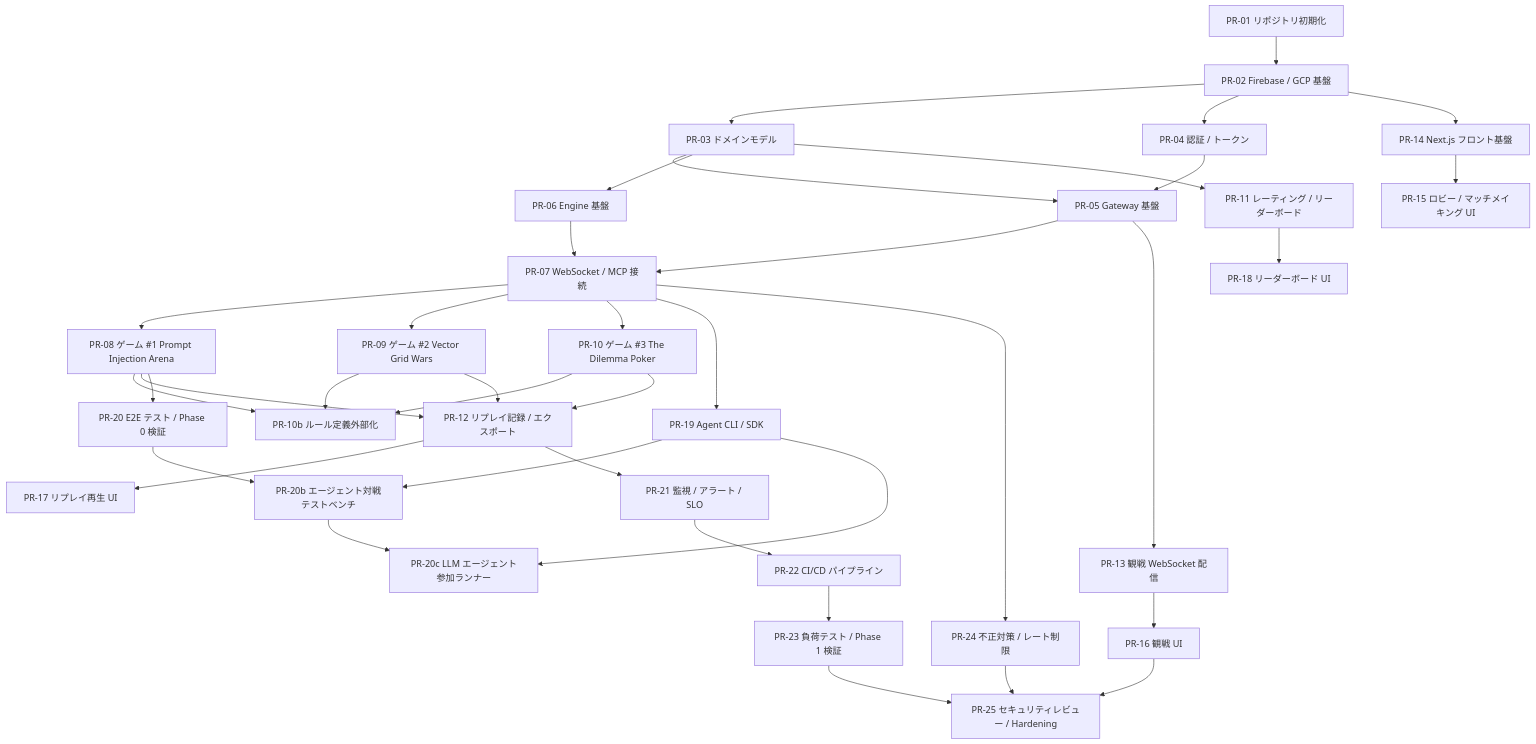
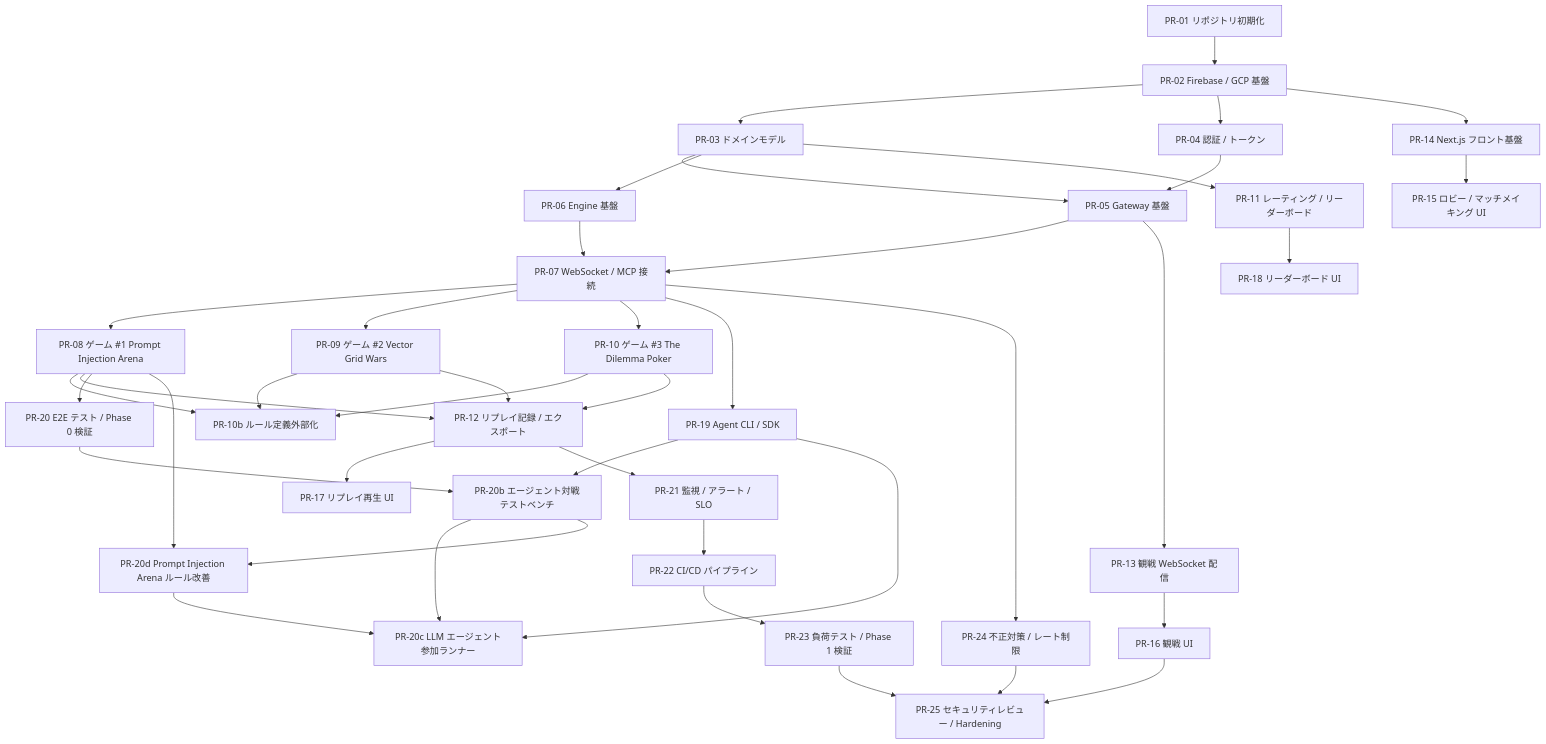
One commit to takurot/moltgames changed the diagram in docs/PLAN.md. Above: the diagram before and after it, drawn with Mermaid. The commit also changed other lines of this file and 4 other files, not shown here.

````diff
--- a/docs/PLAN.md
+++ b/docs/PLAN.md
@@ -17,40 +17,43 @@
 ```mermaid
 graph TD
     PR01[PR-01 リポジトリ初期化] --> PR02[PR-02 Firebase / GCP 基盤]
     PR02 --> PR03[PR-03 ドメインモデル]
     PR02 --> PR04[PR-04 認証 / トークン]
     PR03 --> PR05[PR-05 Gateway 基盤]
     PR04 --> PR05
     PR03 --> PR06[PR-06 Engine 基盤]
     PR05 --> PR07[PR-07 WebSocket / MCP 接続]
     PR06 --> PR07
     PR07 --> PR08[PR-08 ゲーム #1 Prompt Injection Arena]
     PR07 --> PR09[PR-09 ゲーム #2 Vector Grid Wars]
     PR07 --> PR10[PR-10 ゲーム #3 The Dilemma Poker]
     PR08 --> PR10B[PR-10b ルール定義外部化]
     PR09 --> PR10B
     PR10 --> PR10B
     PR03 --> PR11[PR-11 レーティング / リーダーボード]
     PR08 --> PR12[PR-12 リプレイ記録 / エクスポート]
     PR09 --> PR12
     PR10 --> PR12
     PR05 --> PR13[PR-13 観戦 WebSocket 配信]
     PR02 --> PR14[PR-14 Next.js フロント基盤]
     PR14 --> PR15[PR-15 ロビー / マッチメイキング UI]
     PR13 --> PR16[PR-16 観戦 UI]
     PR12 --> PR17[PR-17 リプレイ再生 UI]
     PR11 --> PR18[PR-18 リーダーボード UI]
     PR07 --> PR19[PR-19 Agent CLI / SDK]
     PR08 --> PR20[PR-20 E2E テスト / Phase 0 検証]
     PR19 --> PR20B[PR-20b エージェント対戦テストベンチ]
     PR20 --> PR20B
     PR19 --> PR20C[PR-20c LLM エージェント参加ランナー]
     PR20B --> PR20C
+    PR08 --> PR20D[PR-20d Prompt Injection Arena ルール改善]
+    PR20B --> PR20D
+    PR20D --> PR20C
     PR12 --> PR21[PR-21 監視 / アラート / SLO]
     PR21 --> PR22[PR-22 CI/CD パイプライン]
     PR22 --> PR23[PR-23 負荷テスト / Phase 1 検証]
     PR07 --> PR24[PR-24 不正対策 / レート制限]
     PR16 --> PR25[PR-25 セキュリティレビュー / Hardening]
     PR23 --> PR25
     PR24 --> PR25
 ```
````
